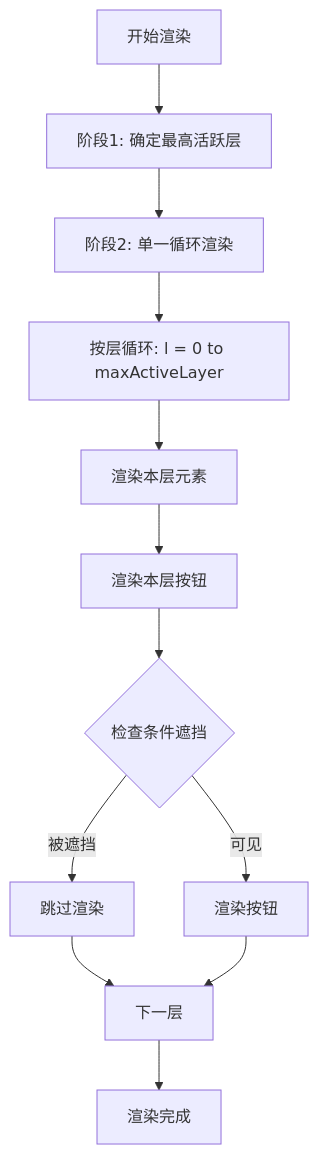
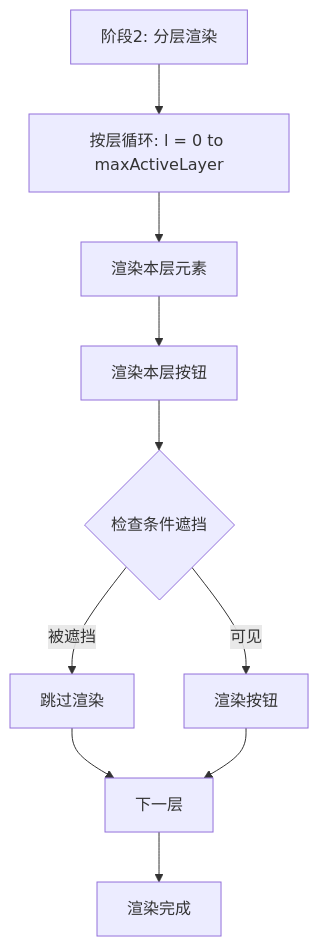
Before and after one commit to xingye00186/PHP-Data-UI-Framework-powered-by-swooleAOT: the fourth of 10 diagrams in .qoder/repowiki/zh/content/C++渲染层/BaseRenderer基础渲染器.md, drawn with Mermaid. The commit also changed other lines of this file and 37 other files, not shown here.

````diff
--- a/.qoder/repowiki/zh/content/C++渲染层/BaseRenderer基础渲染器.md
+++ b/.qoder/repowiki/zh/content/C++渲染层/BaseRenderer基础渲染器.md
@@ -157,14 +172,12 @@
 ```mermaid
 flowchart TD
-Start[开始渲染] --> Phase1[阶段1: 确定最高活跃层]
-Phase1 --> Phase2[阶段2: 单一循环渲染]
-Phase2 --> LayerLoop[按层循环: l = 0 to maxActiveLayer]
-LayerLoop --> ElementRender[渲染本层元素]
-ElementRender --> ButtonRender[渲染本层按钮]
-ButtonRender --> ConditionCheck{检查条件遮挡}
-ConditionCheck --> |被遮挡| SkipButton[跳过渲染]
-ConditionCheck --> |可见| RenderButton[渲染按钮]
+Phase2[阶段2: 分层渲染] --> LoopLayers[按层循环: l = 0 to maxActiveLayer]
+LoopLayers --> RenderElements[渲染本层元素]
+RenderElements --> RenderButtons[渲染本层按钮]
+RenderButtons --> CheckCondition{检查条件遮挡}
+CheckCondition --> |被遮挡| SkipButton[跳过渲染]
+CheckCondition --> |可见| RenderButton[渲染按钮]
 SkipButton --> NextLayer[下一层]
 RenderButton --> NextLayer
 NextLayer --> End[渲染完成]
 ```
````
